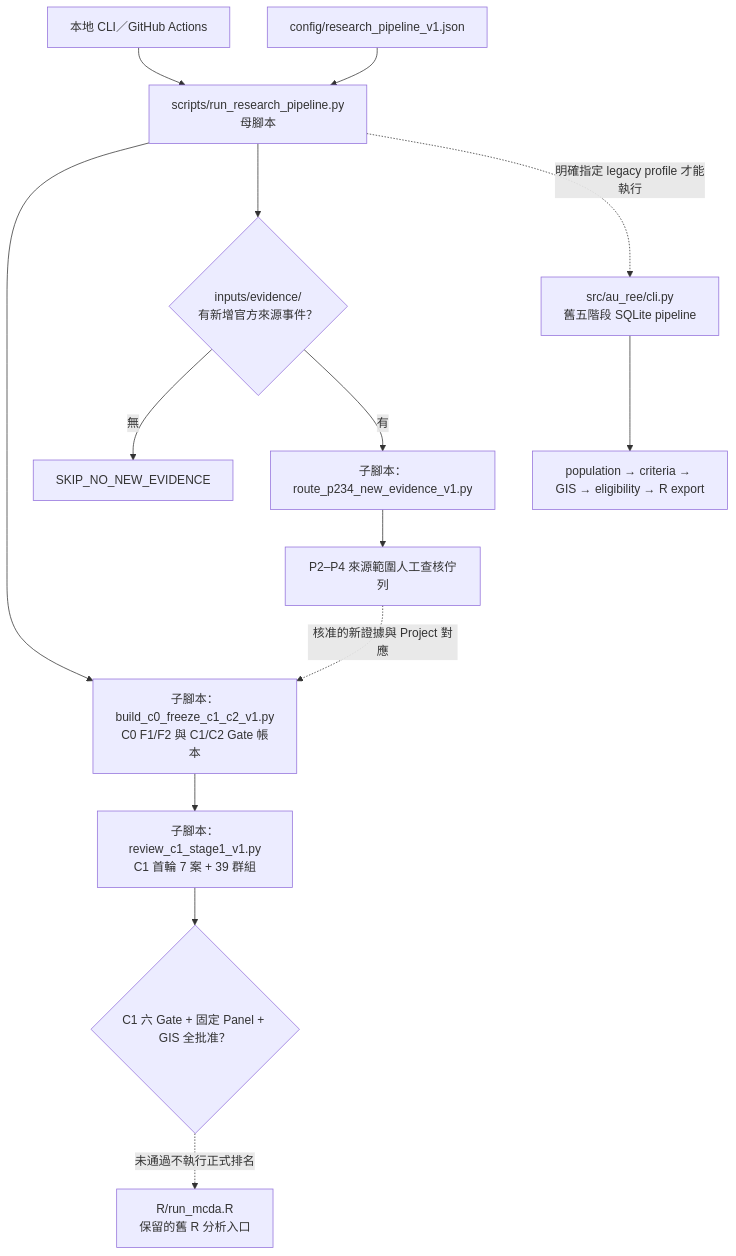
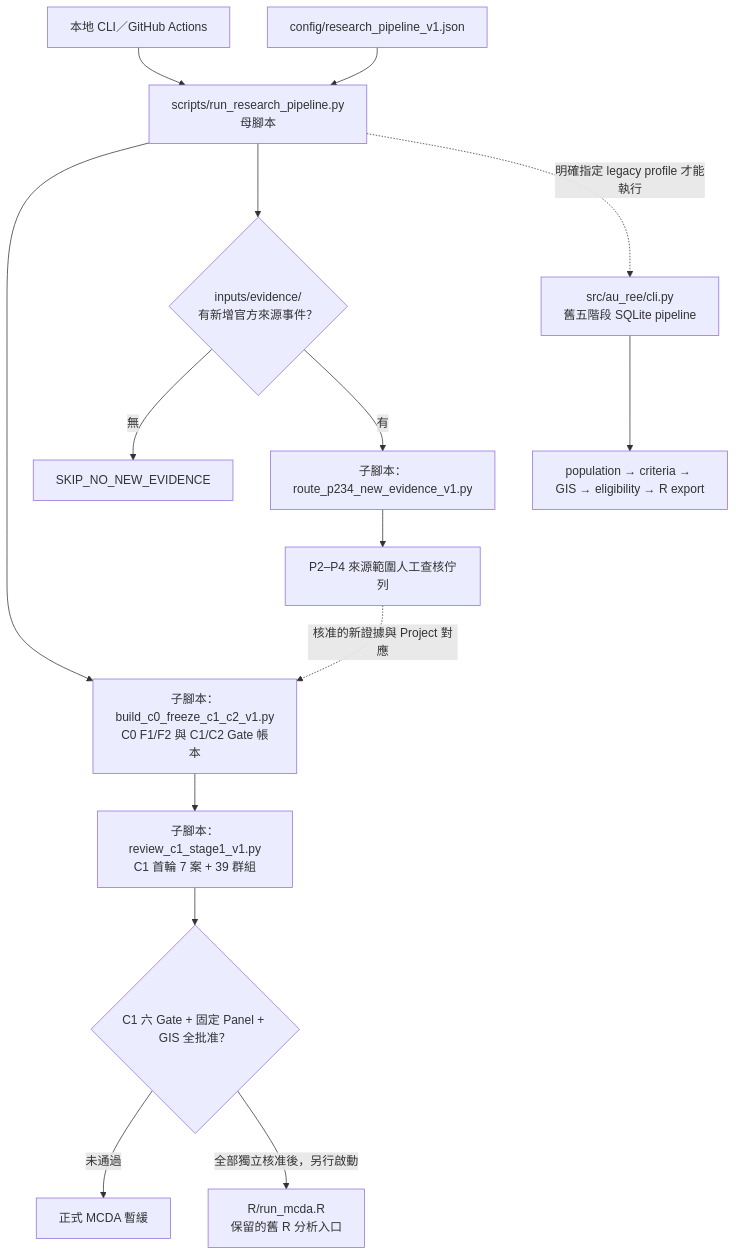
One commit to lleeoo0611-stack/AU_REE changed the second of 2 diagrams in README.md. Above: the diagram before and after it, drawn with Mermaid.

Commit message:
docs: make mainline R-MCDA hold/independent release branching explicit

````diff
--- a/README.md
+++ b/README.md
@@ -48,16 +48,18 @@
 ```mermaid
 flowchart TD
     USER["本地 CLI／GitHub Actions"] --> M["scripts/run_research_pipeline.py<br/>母腳本"]
     CFG["config/research_pipeline_v1.json"] --> M
     M --> CO["子腳本：build_c0_freeze_c1_c2_v1.py<br/>C0 F1/F2 與 C1/C2 Gate 帳本"]
     CO --> CI["子腳本：review_c1_stage1_v1.py<br/>C1 首輪 7 案 + 39 群組"]
     M --> EVT{"inputs/evidence/<br/>有新增官方來源事件？"}
     EVT -- "無" --> SKIP["SKIP_NO_NEW_EVIDENCE"]
     EVT -- "有" --> ROUTE["子腳本：route_p234_new_evidence_v1.py"]
     ROUTE --> QUEUE["P2–P4 來源範圍人工查核佇列"]
     QUEUE -. "核准的新證據與 Project 對應" .-> CO
     M -. "明確指定 legacy profile 才能執行" .-> OLD["src/au_ree/cli.py<br/>舊五階段 SQLite pipeline"]
     OLD --> V1["population → criteria → GIS → eligibility → R export"]
-    C1{"C1 六 Gate + 固定 Panel + GIS 全批准？"} -. "未通過不執行正式排名" .-> R["R/run_mcda.R<br/>保留的舊 R 分析入口"]
-    CI --> C1
+    GATE{"C1 六 Gate + 固定 Panel + GIS 全批准？"}
+    CI --> GATE
+    GATE -- "未通過" --> BLOCK["正式 MCDA 暫緩"]
+    GATE -- "全部獨立核准後，另行啟動" --> R["R/run_mcda.R<br/>保留的舊 R 分析入口"]
 ```
````
